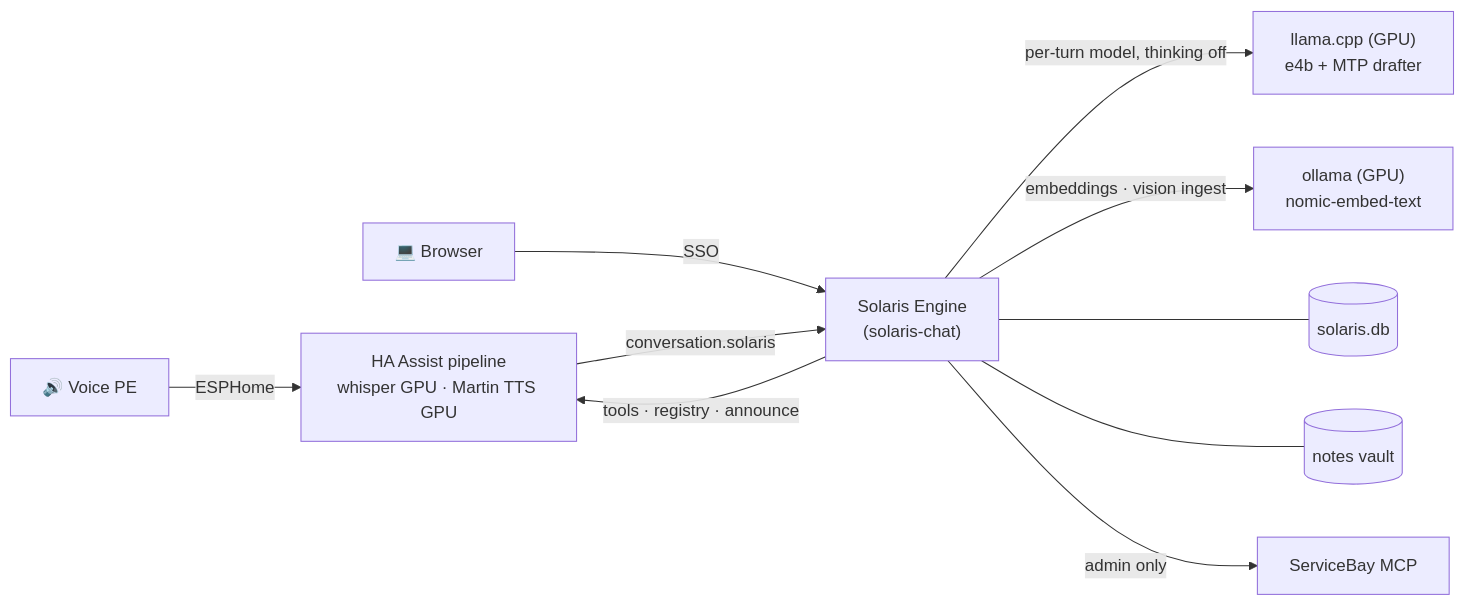
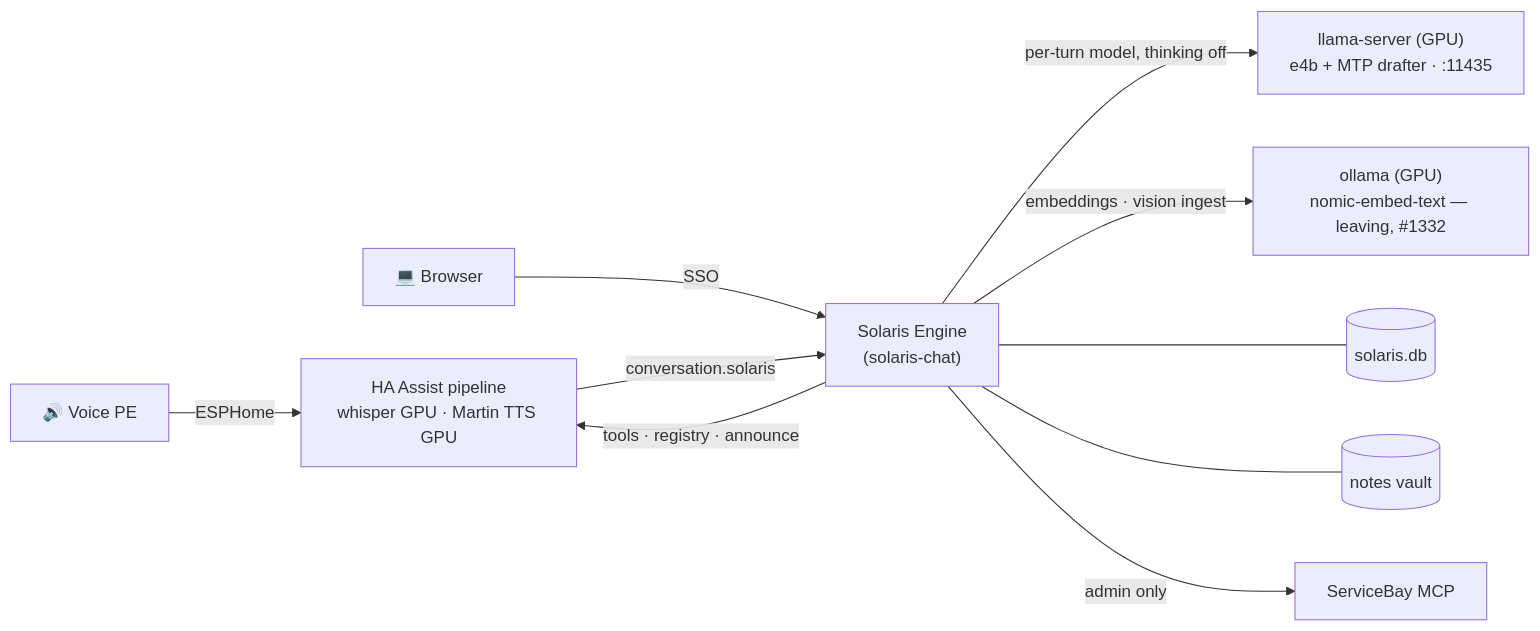
Before and after one commit to mdopp/oscar: the diagram in README.md, drawn with Mermaid. The commit also changed other lines of this file and 9 other files, not shown here.

First line of the commit message:
docs: anchor the llama-server concept and retire Ollama from the guides

````diff
--- a/README.md
+++ b/README.md
@@ -10,12 +13,12 @@
 ```mermaid
 flowchart LR
     PE["🔊 Voice PE"] -- ESPHome --> HA["HA Assist pipeline<br/>whisper GPU · Martin TTS GPU"]
     Browser["💻 Browser"] -- SSO --> Chat
     HA -- "conversation.solaris" --> Chat["Solaris Engine<br/>(solaris-chat)"]
-    Chat -- "per-turn model, thinking off" --> Llama["llama.cpp (GPU)<br/>e4b + MTP drafter"]
-    Chat -- "embeddings · vision ingest" --> Ollama["ollama (GPU)<br/>nomic-embed-text"]
+    Chat -- "per-turn model, thinking off" --> Llama["llama-server (GPU)<br/>e4b + MTP drafter · :11435"]
+    Chat -- "embeddings · vision ingest" --> Ollama["ollama (GPU)<br/>nomic-embed-text — leaving, #1332"]
     Chat -- "tools · registry · announce" --> HA
     Chat --- DB[("solaris.db")]
     Chat --- Notes[("notes vault")]
     Chat -- "admin only" --> SB["ServiceBay MCP"]
 ```
````
